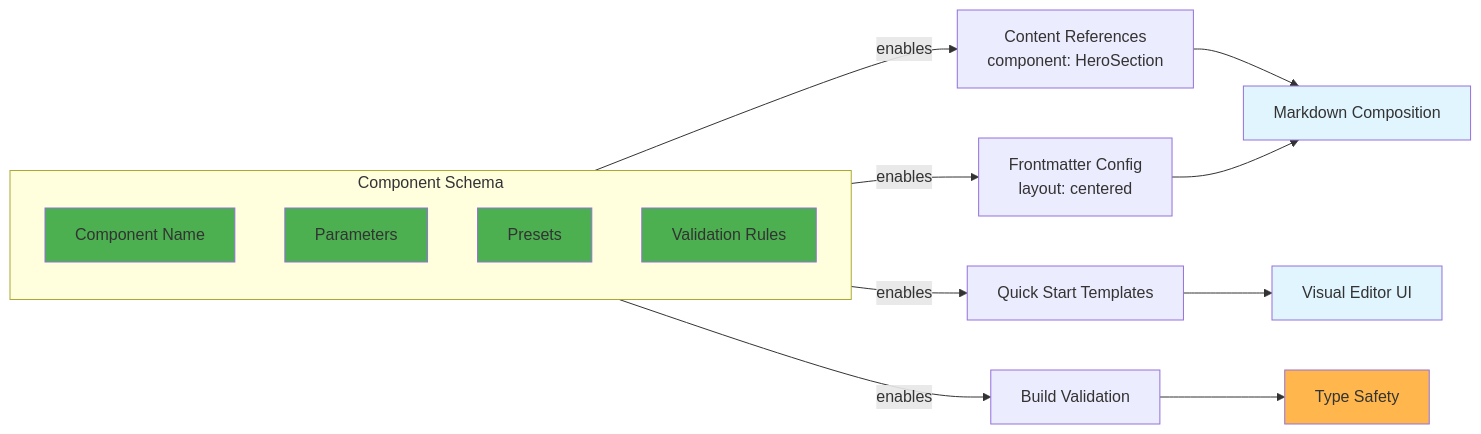
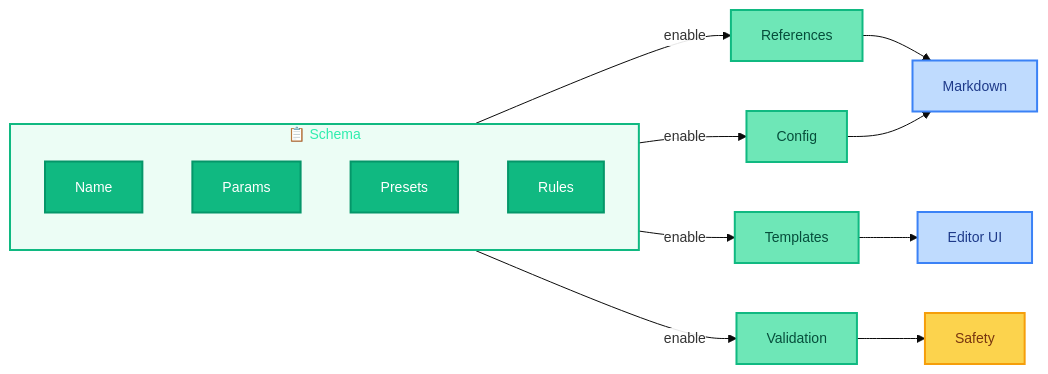
Before and after one commit to uniwebcms/framework: the sixth of 8 diagrams in docs/uniweb-diagrams.md, drawn with Mermaid. The commit also changed other lines of this file, not shown here.

Commit message:
Improve diagrams

````diff
--- a/docs/uniweb-diagrams.md
+++ b/docs/uniweb-diagrams.md
@@ -189,28 +216,36 @@
 ```mermaid
+%%{init: {'theme':'base', 'themeVariables': { 'primaryColor':'#10b981','secondaryColor':'#3b82f6','fontSize':'14px','edgeLabelBackground':'rgba(255, 255, 255, 0.8)'}}}%%
 graph LR
-    subgraph "Component Schema"
+    subgraph SC["📋 Schema"]
         direction TB
-        NAME[Component Name]
-        PARAMS[Parameters]
-        PRESETS[Presets]
-        VALID[Validation Rules]
-        style NAME fill:#4caf50
-        style PARAMS fill:#4caf50
-        style PRESETS fill:#4caf50
-        style VALID fill:#4caf50
+        N[Name]
+        P[Params]
+        PR[Presets]
+        V[Rules]
+        style N fill:#10b981,stroke:#059669,stroke-width:2px,color:#fff
+        style P fill:#10b981,stroke:#059669,stroke-width:2px,color:#fff
+        style PR fill:#10b981,stroke:#059669,stroke-width:2px,color:#fff
+        style V fill:#10b981,stroke:#059669,stroke-width:2px,color:#fff
     end
-    
-    NAME -->|enables| REF[Content References<br/>component: HeroSection]
-    PARAMS -->|enables| CONF[Frontmatter Config<br/>layout: centered]
-    PRESETS -->|enables| QUICK[Quick Start Templates]
-    VALID -->|enables| CHECK[Build Validation]
-    
-    REF --> USE1[Markdown Composition]
-    CONF --> USE1
-    QUICK --> USE2[Visual Editor UI]
-    CHECK --> USE3[Type Safety]
-    
-    style USE1 fill:#e1f5ff
-    style USE2 fill:#e1f5ff
-    style USE3 fill:#ffb74d
+
+    N -->|enable| R[References]
+    P -->|enable| C[Config]
+    PR -->|enable| Q[Templates]
+    V -->|enable| CH[Validation]
+
+    R --> U1[Markdown]
+    C --> U1
+    Q --> U2[Editor UI]
+    CH --> U3[Safety]
+
+    style R fill:#6ee7b7,stroke:#10b981,stroke-width:2px,color:#064e3b
+    style C fill:#6ee7b7,stroke:#10b981,stroke-width:2px,color:#064e3b
+    style Q fill:#6ee7b7,stroke:#10b981,stroke-width:2px,color:#064e3b
+    style CH fill:#6ee7b7,stroke:#10b981,stroke-width:2px,color:#064e3b
+
+    style U1 fill:#bfdbfe,stroke:#3b82f6,stroke-width:2px,color:#1e3a8a
+    style U2 fill:#bfdbfe,stroke:#3b82f6,stroke-width:2px,color:#1e3a8a
+    style U3 fill:#fcd34d,stroke:#f59e0b,stroke-width:2px,color:#78350f
+
+    style SC fill:#ecfdf5,stroke:#10b981,stroke-width:2px
 ```
````
